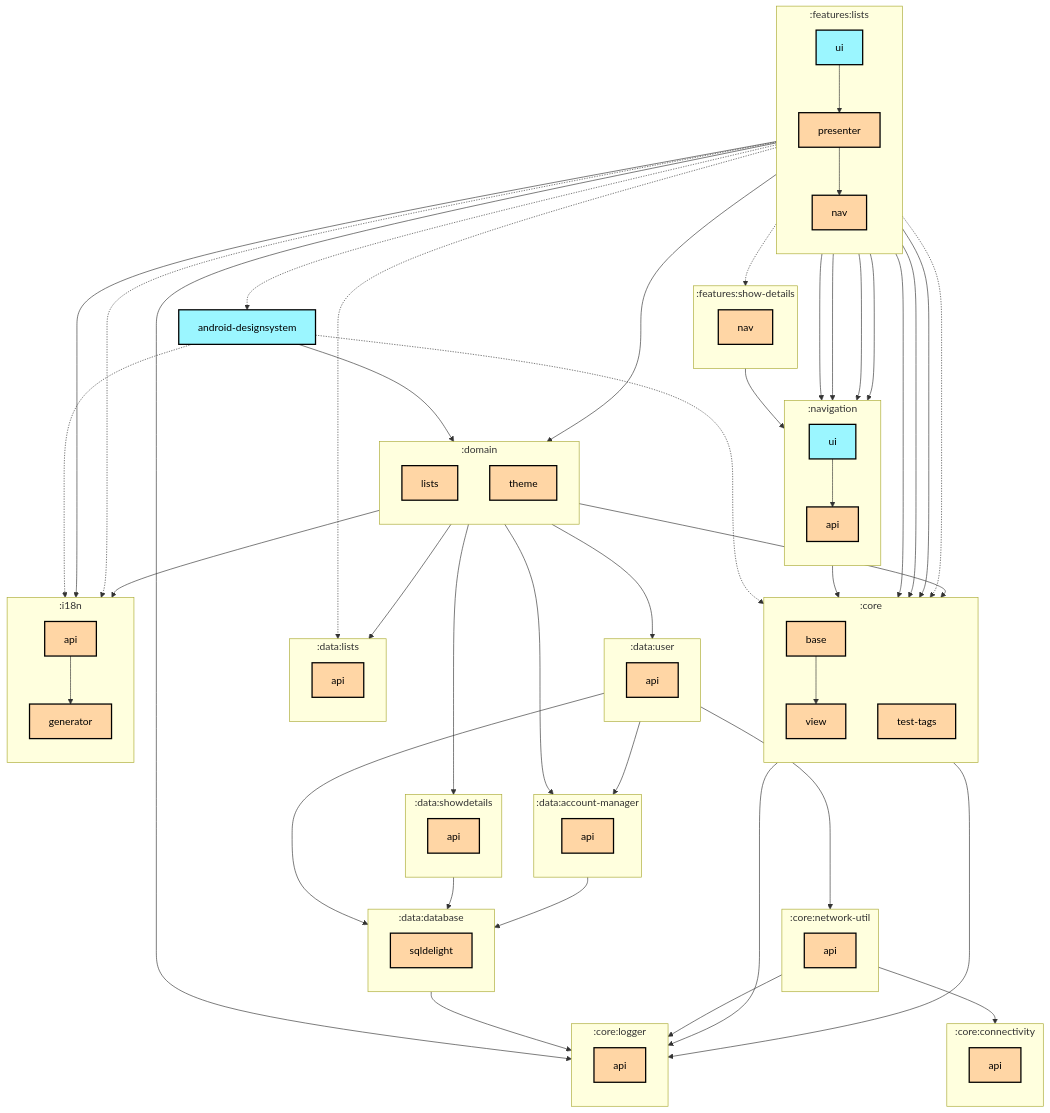
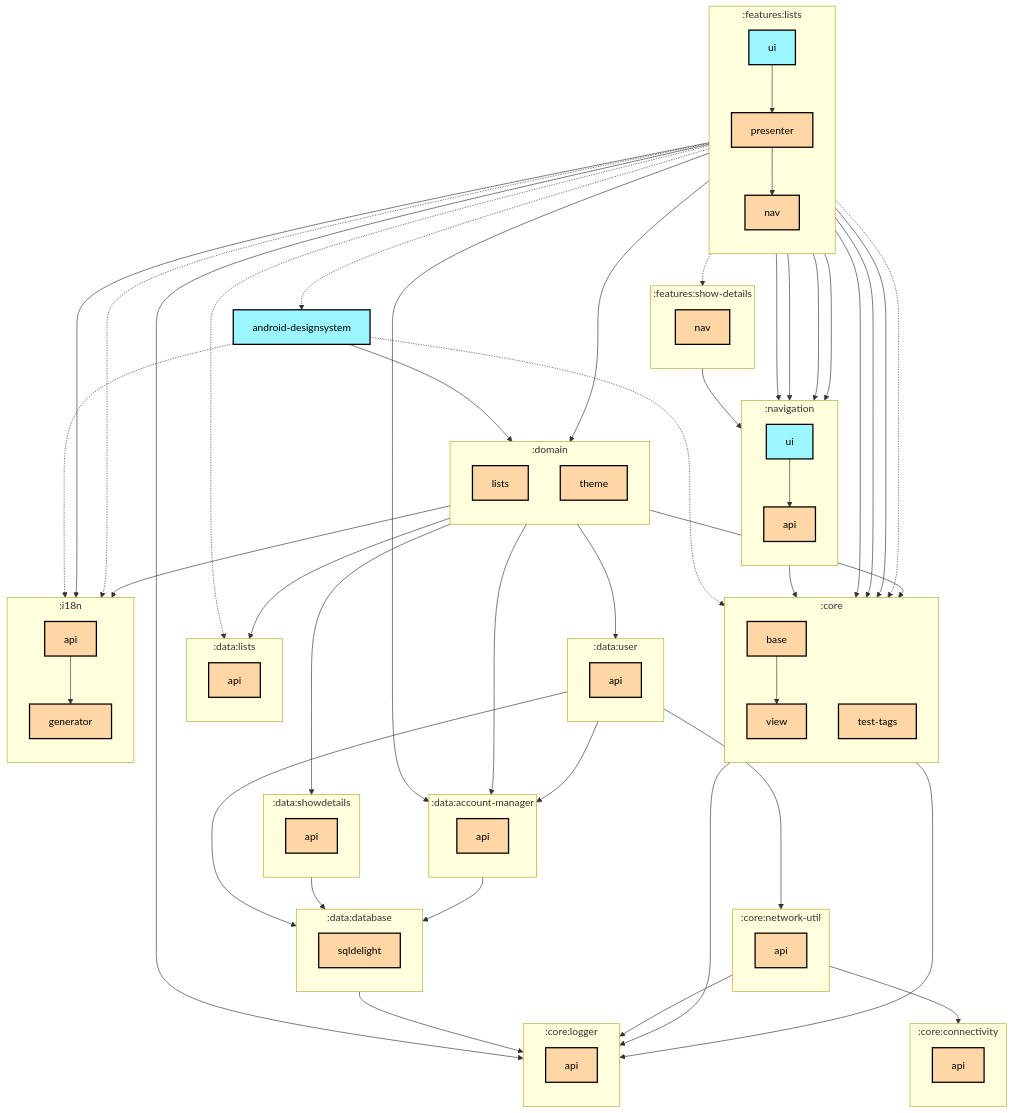
Before and after one commit to thomaskioko/tv-maniac: the first of 2 diagrams in features/lists/ui/README.md, drawn with Mermaid. The commit also changed 5 other files, not shown here.

```diff
--- a/features/lists/ui/README.md
+++ b/features/lists/ui/README.md
@@ -94,6 +94,7 @@
   :features:lists:presenter --> :core:base
   :features:lists:presenter --> :core:logger:api
   :features:lists:presenter --> :core:view
+  :features:lists:presenter --> :data:account-manager:api
   :features:lists:presenter -.-> :data:lists:api
   :features:lists:presenter --> :domain:lists
   :features:lists:presenter --> :features:lists:nav
```
